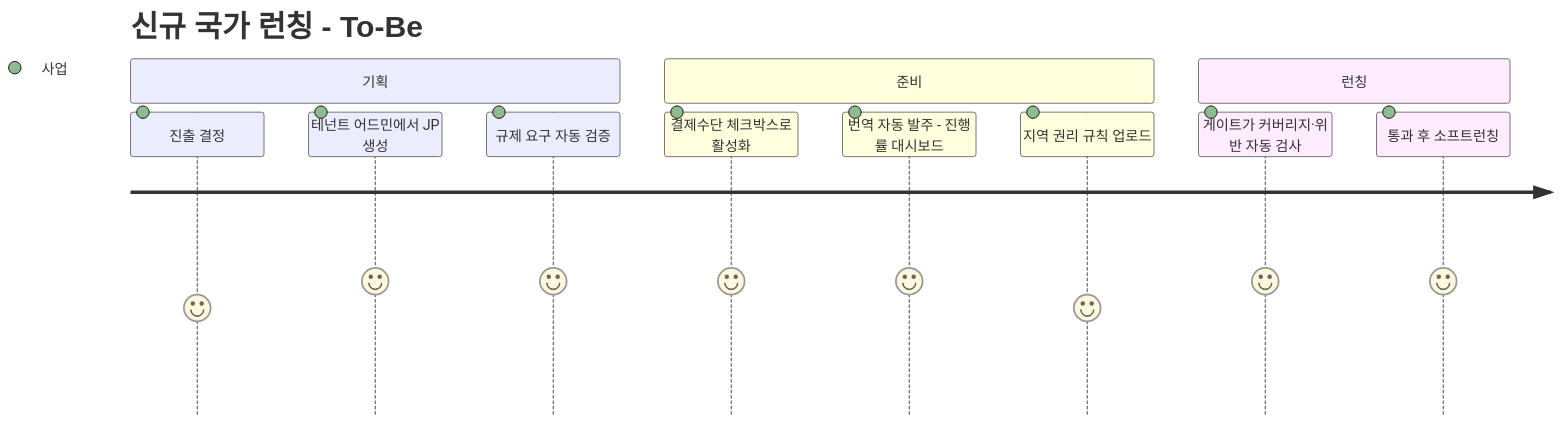
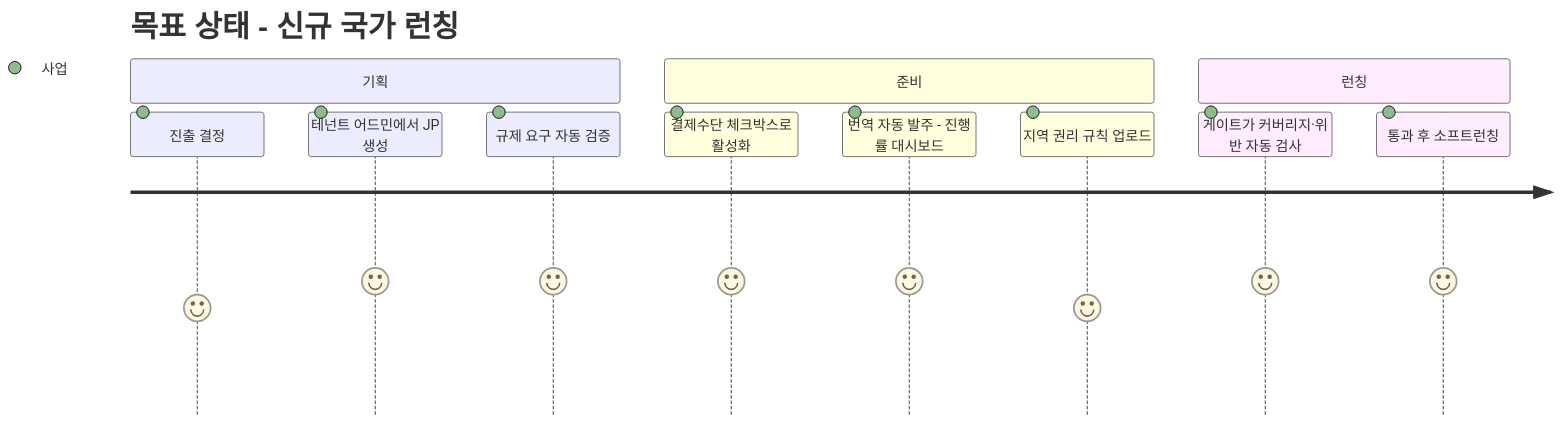
One commit to withwooyong/withwooyong.github.io changed the eighth of 17 diagrams in pages/product-lead-loadmap/04_거버넌스_글로벌.md. Above: the diagram before and after it, drawn with Mermaid. The commit also changed other lines of this file and 16 other files, not shown here.

````diff
--- a/pages/product-lead-loadmap/04_거버넌스_글로벌.md
+++ b/pages/product-lead-loadmap/04_거버넌스_글로벌.md
@@ -682,15 +606,15 @@
 ```mermaid
 journey
-    title 신규 국가 런칭 - To-Be
+    title 목표 상태 - 신규 국가 런칭
     section 기획
       진출 결정: 4: 사업
       테넌트 어드민에서 JP 생성: 5: 사업
       규제 요구 자동 검증: 5: 사업
     section 준비
       결제수단 체크박스로 활성화: 5: 사업
       번역 자동 발주 - 진행률 대시보드: 5: 사업
       지역 권리 규칙 업로드: 4: 사업
     section 런칭
       게이트가 커버리지·위반 자동 검사: 5: 사업
       통과 후 소프트런칭: 5: 사업
 ```
````
